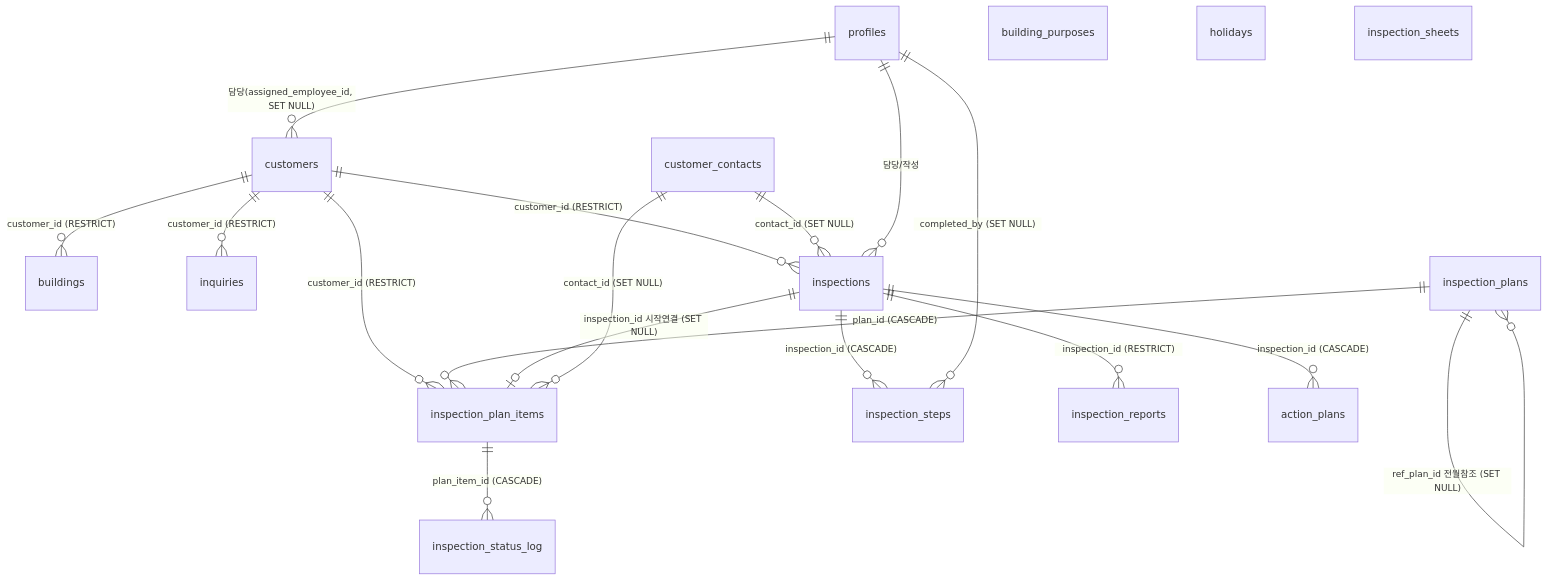
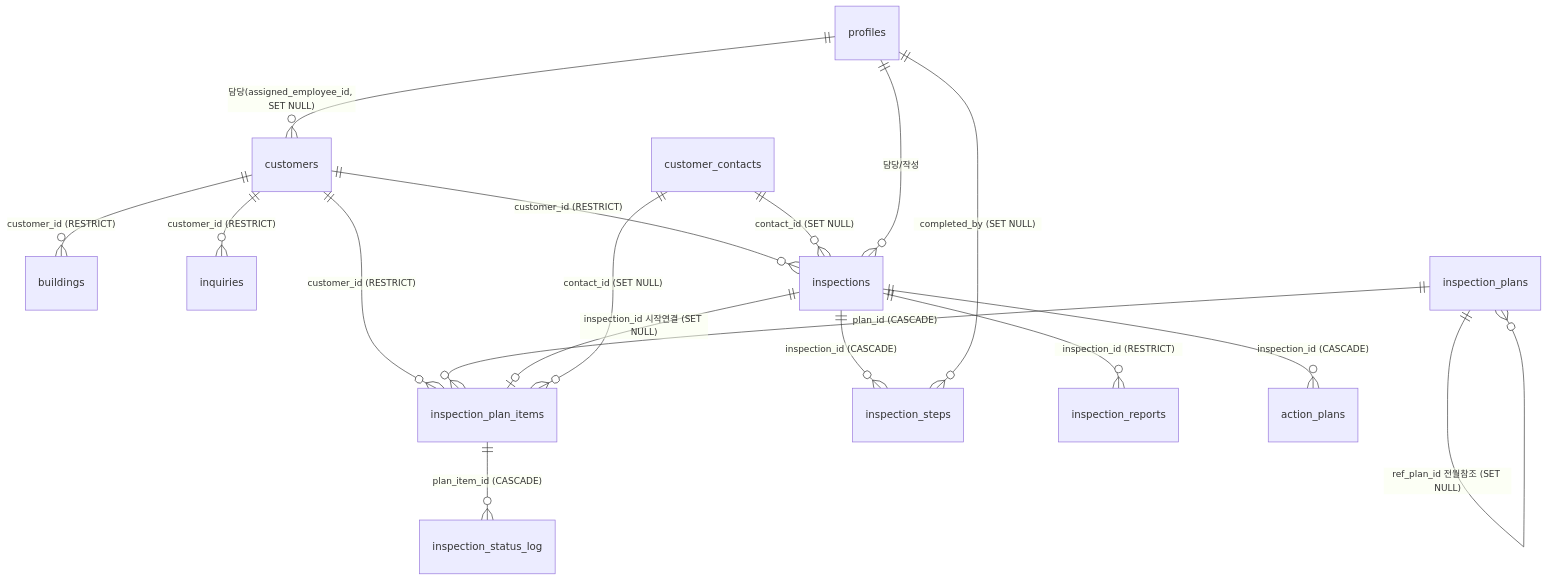
Before and after one commit to niceadam9-dotcom/woni: the diagram in erp_goal/db_테이블_관계도.md, drawn with Mermaid. The commit also changed other lines of this file, not shown here.

First line of the commit message:
Expand DB relationship diagram with per-column annotations

````diff
--- a/erp_goal/db_테이블_관계도.md
+++ b/erp_goal/db_테이블_관계도.md
@@ -9,28 +9,24 @@
 ```mermaid
 erDiagram
     profiles ||--o{ customers : "담당(assigned_employee_id, SET NULL)"
     customers ||--o{ buildings : "customer_id (RESTRICT)"
     customers ||--o{ inquiries : "customer_id (RESTRICT)"
     customers ||--o{ inspections : "customer_id (RESTRICT)"
     customers ||--o{ inspection_plan_items : "customer_id (RESTRICT)"
 
     inspection_plans ||--o{ inspection_plan_items : "plan_id (CASCADE)"
     inspection_plans ||--o{ inspection_plans : "ref_plan_id 전월참조 (SET NULL)"
 
     inspections ||--o{ inspection_steps : "inspection_id (CASCADE)"
     inspections ||--o{ inspection_reports : "inspection_id (RESTRICT)"
     inspections ||--o{ action_plans : "inspection_id (CASCADE)"
     inspections ||--o| inspection_plan_items : "inspection_id 시작연결 (SET NULL)"
 
     inspection_plan_items ||--o{ inspection_status_log : "plan_item_id (CASCADE)"
 
     customer_contacts ||--o{ inspections : "contact_id (SET NULL)"
     customer_contacts ||--o{ inspection_plan_items : "contact_id (SET NULL)"
 
     profiles ||--o{ inspections : "담당/작성"
     profiles ||--o{ inspection_steps : "completed_by (SET NULL)"
-
-    building_purposes
-    holidays
-    inspection_sheets
 ```
````
